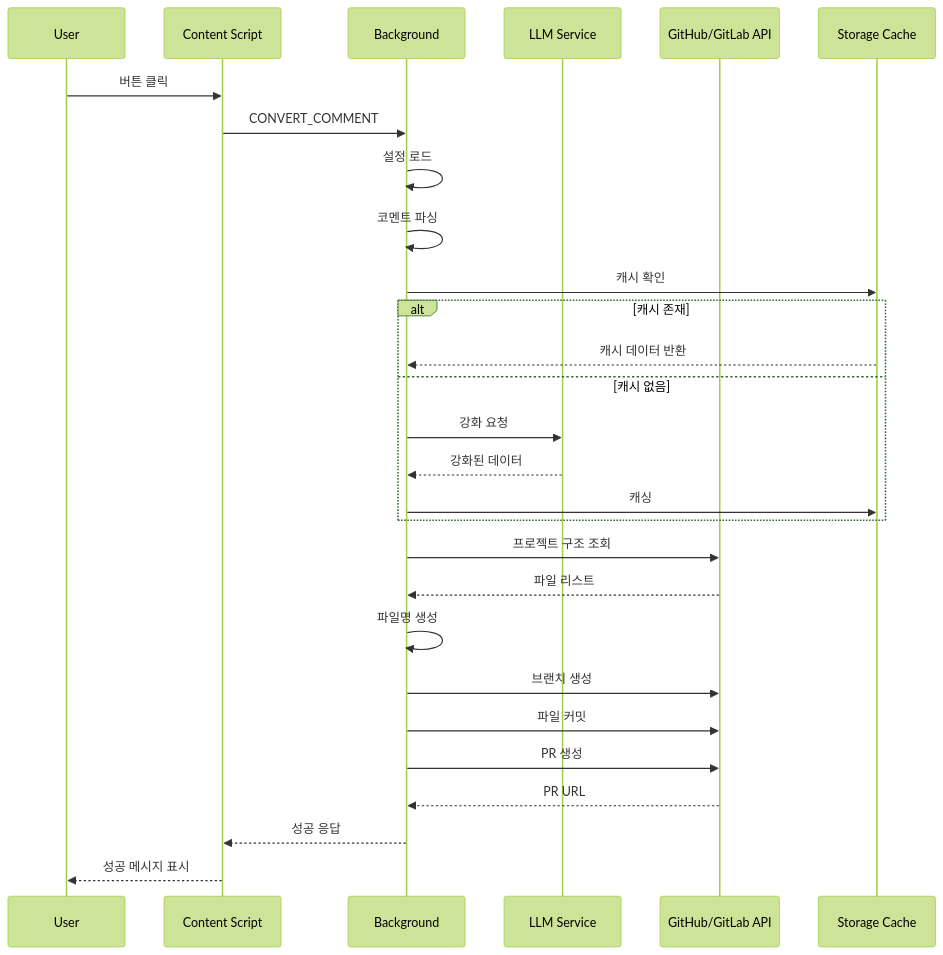
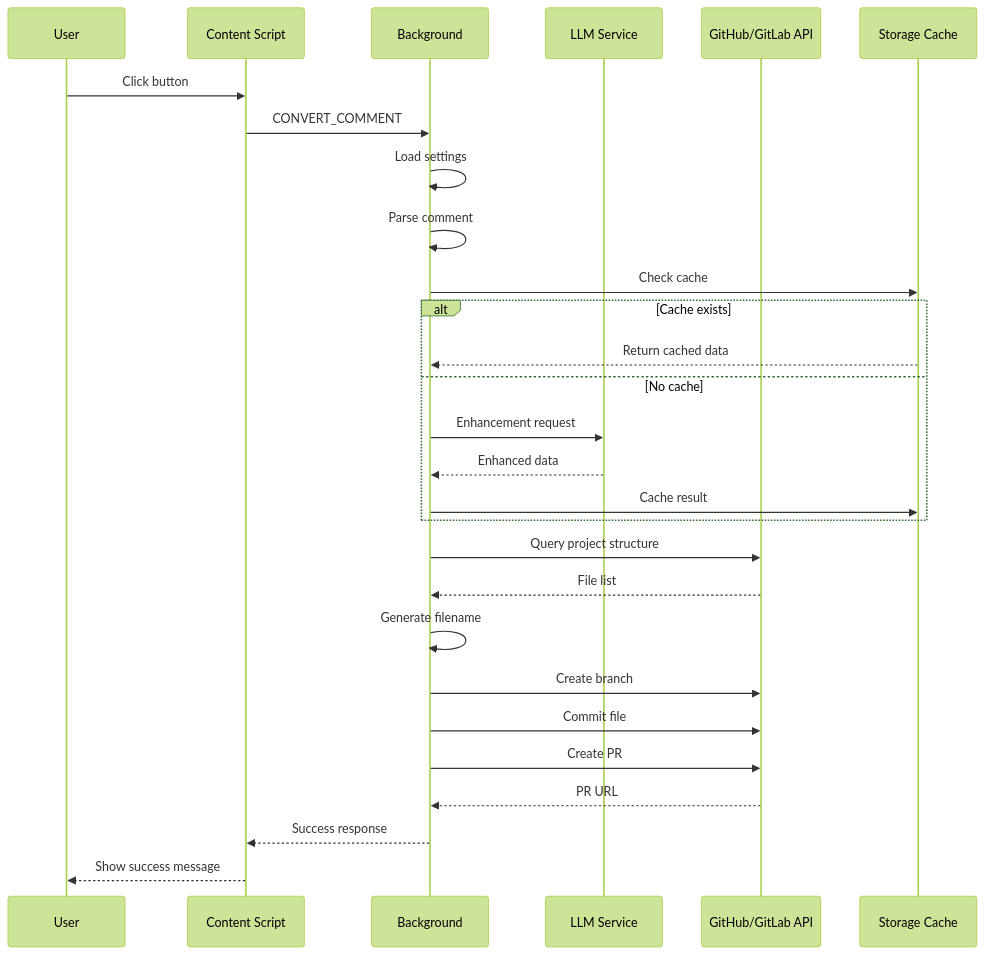
The fifth of 6 diagrams in docs/USER_FLOWS.md (sunio00000/review-to-instruction), drawn with Mermaid (forest theme) before and after one commit. The commit also changed other lines of this file and 10 other files, not shown here.

````diff
--- a/docs/USER_FLOWS.md
+++ b/docs/USER_FLOWS.md
@@ -691,31 +691,31 @@
 ```mermaid
 sequenceDiagram
     participant U as User
     participant CS as Content Script
     participant BG as Background
     participant LLM as LLM Service
     participant API as GitHub/GitLab API
     participant Cache as Storage Cache
 
-    U->>CS: 버튼 클릭
+    U->>CS: Click button
     CS->>BG: CONVERT_COMMENT
-    BG->>BG: 설정 로드
-    BG->>BG: 코멘트 파싱
-    BG->>Cache: 캐시 확인
-    alt 캐시 존재
-        Cache-->>BG: 캐시 데이터 반환
-    else 캐시 없음
-        BG->>LLM: 강화 요청
-        LLM-->>BG: 강화된 데이터
-        BG->>Cache: 캐싱
+    BG->>BG: Load settings
+    BG->>BG: Parse comment
+    BG->>Cache: Check cache
+    alt Cache exists
+        Cache-->>BG: Return cached data
+    else No cache
+        BG->>LLM: Enhancement request
+        LLM-->>BG: Enhanced data
+        BG->>Cache: Cache result
     end
-    BG->>API: 프로젝트 구조 조회
-    API-->>BG: 파일 리스트
-    BG->>BG: 파일명 생성
-    BG->>API: 브랜치 생성
-    BG->>API: 파일 커밋
-    BG->>API: PR 생성
+    BG->>API: Query project structure
+    API-->>BG: File list
+    BG->>BG: Generate filename
+    BG->>API: Create branch
+    BG->>API: Commit file
+    BG->>API: Create PR
     API-->>BG: PR URL
-    BG-->>CS: 성공 응답
-    CS-->>U: 성공 메시지 표시
+    BG-->>CS: Success response
+    CS-->>U: Show success message
 ```
````
